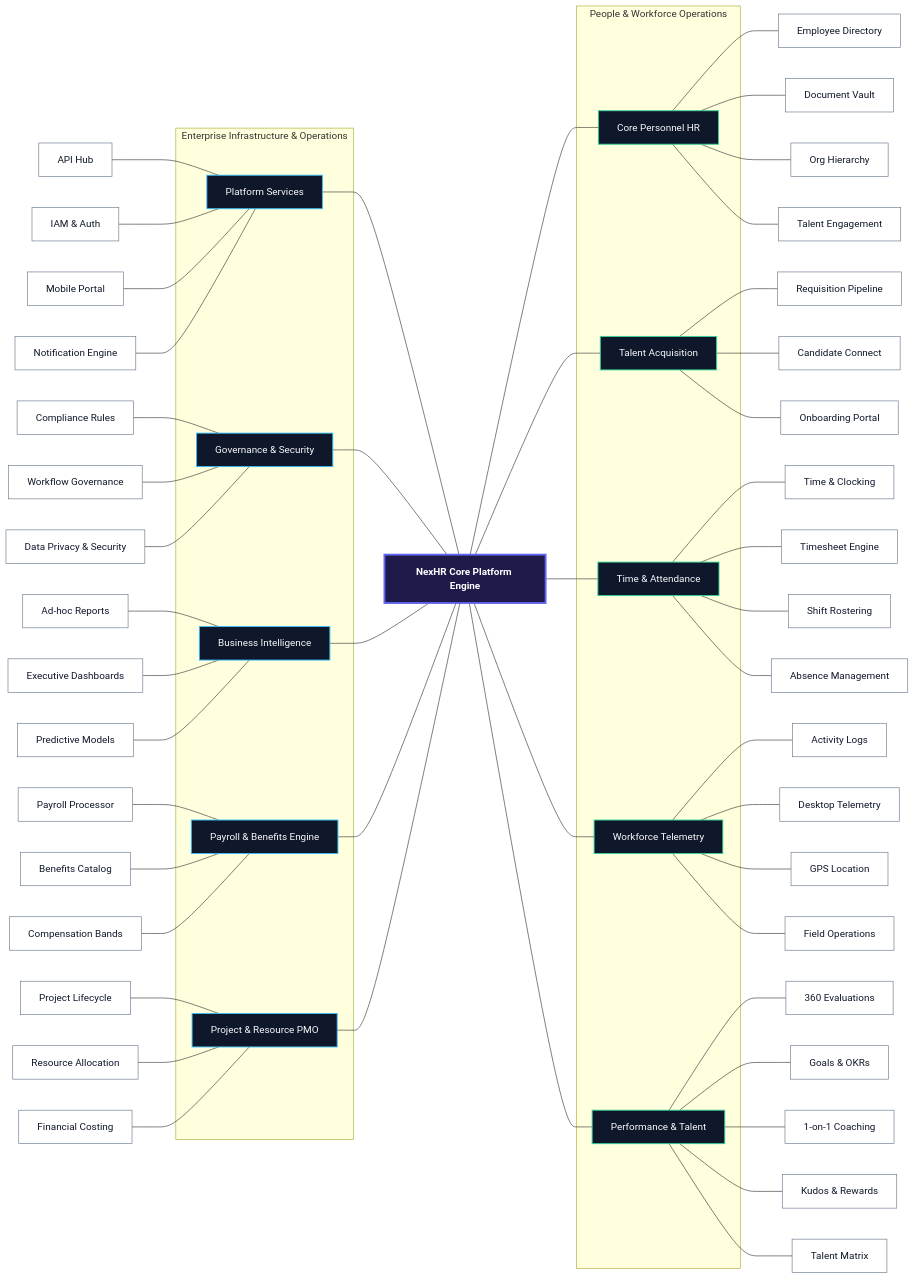
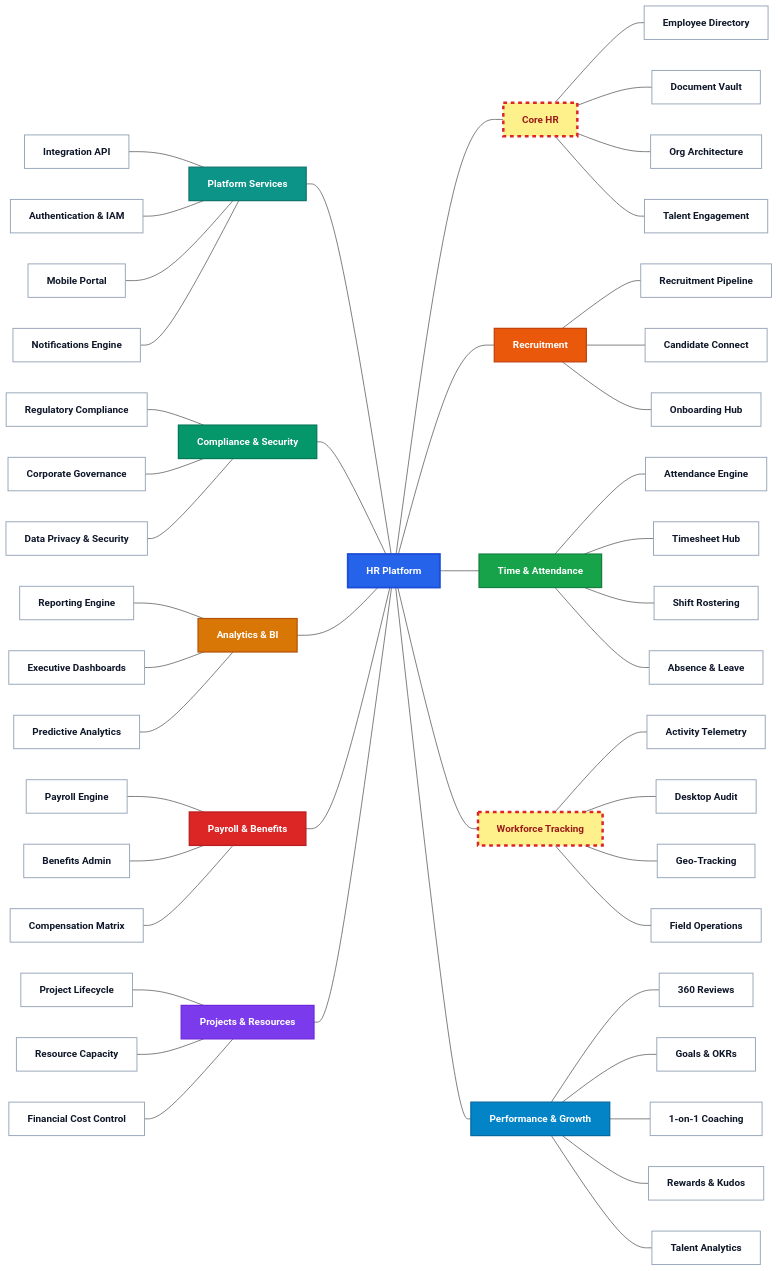
The diagram in README.md (TamBui1706/HRPlatform), drawn with Mermaid before and after one commit. The commit also changed other lines of this file, not shown here.

Commit message:
Mindmap of the platform

````diff
--- a/README.md
+++ b/README.md
@@ -44,95 +3,142 @@
 ```mermaid
 flowchart LR
 
-    %% CENTER
-    CORE_ENGINE["NexHR Core Platform Engine"]
+    %% =========================
+    %% CENTER MODULE
+    %% =========================
+    HR["HR Platform"]
 
-    %% SUB-SYSTEM GROUPS
-    subgraph LEFT_DOMAIN["Enterprise Infrastructure & Operations"]
-        PLATFORM["Platform Services"]
-        COMPLIANCE["Governance & Security"]
-        ANALYTICS["Business Intelligence"]
-        FINANCE["Payroll & Benefits Engine"]
-        PMO["Project & Resource PMO"]
-    end
+    %% =========================
+    %% LEFT MAIN MODULES
+    %% =========================
+    PLATFORM["Platform Services"]
+    COMPLIANCE["Compliance & Security"]
+    ANALYTICS["Analytics & BI"]
+    PAYROLL["Payroll & Benefits"]
+    PROJECTS["Projects & Resources"]
 
-    subgraph RIGHT_DOMAIN["People & Workforce Operations"]
-        CORE_HR["Core Personnel HR"]
-        TALENT["Talent Acquisition"]
-        WORKTIME["Time & Attendance"]
-        TELEMETRY["Workforce Telemetry"]
-        PERFORMANCE["Performance & Talent"]
-    end
+    PLATFORM --- HR
+    COMPLIANCE --- HR
+    ANALYTICS --- HR
+    PAYROLL --- HR
+    PROJECTS --- HR
 
-    %% CONNECTIONS TO CORE
-    PLATFORM --- CORE_ENGINE
-    COMPLIANCE --- CORE_ENGINE
-    ANALYTICS --- CORE_ENGINE
-    FINANCE --- CORE_ENGINE
-    PMO --- CORE_ENGINE
+    %% Platform features
+    Integration["Integration API"] --- PLATFORM
+    Authentication["Authentication & IAM"] --- PLATFORM
+    Mobile["Mobile Portal"] --- PLATFORM
+    Notifications["Notifications Engine"] --- PLATFORM
 
-    CORE_ENGINE --- CORE_HR
-    CORE_ENGINE --- TALENT
-    CORE_ENGINE --- WORKTIME
-    CORE_ENGINE --- TELEMETRY
-    CORE_ENGINE --- PERFORMANCE
+    %% Compliance features
+    ComplianceFeature["Regulatory Compliance"] --- COMPLIANCE
+    Governance["Corporate Governance"] --- COMPLIANCE
+    Security["Data Privacy & Security"] --- COMPLIANCE
 
-    %% MODULE SUB-CAPABILITIES
-    Integration["API Hub"] --- PLATFORM
-    Auth["IAM & Auth"] --- PLATFORM
-    Mobile["Mobile Portal"] --- PLATFORM
-    Notif["Notification Engine"] --- PLATFORM
+    %% Analytics features
+    Reporting["Reporting Engine"] --- ANALYTICS
+    Dashboards["Executive Dashboards"] --- ANALYTICS
+    AnalyticsFeature["Predictive Analytics"] --- ANALYTICS
 
-    Rules["Compliance Rules"] --- COMPLIANCE
-    Gov["Workflow Governance"] --- COMPLIANCE
-    Sec["Data Privacy & Security"] --- COMPLIANCE
+    %% Payroll features
+    PayrollFeature["Payroll Engine"] --- PAYROLL
+    Benefits["Benefits Admin"] --- PAYROLL
+    Compensation["Compensation Matrix"] --- PAYROLL
 
-    Reports["Ad-hoc Reports"] --- ANALYTICS
-    Dash["Executive Dashboards"] --- ANALYTICS
-    Predict["Predictive Models"] --- ANALYTICS
+    %% Projects features
+    ProjectManagement["Project Lifecycle"] --- PROJECTS
+    ResourceManagement["Resource Capacity"] --- PROJECTS
+    FinancialControl["Financial Cost Control"] --- PROJECTS
 
-    PayEngine["Payroll Processor"] --- FINANCE
-    BenCatalog["Benefits Catalog"] --- FINANCE
-    CompBands["Compensation Bands"] --- FINANCE
+    %% =========================
+    %% RIGHT MAIN MODULES
+    %% =========================
+    CORE["Core HR"]
+    RECRUITMENT["Recruitment"]
+    TIME["Time & Attendance"]
+    TRACKING["Workforce Tracking"]
+    PERFORMANCE["Performance & Growth"]
 
-    ProjTrack["Project Lifecycle"] --- PMO
-    ResAlloc["Resource Allocation"] --- PMO
-    CostCtrl["Financial Costing"] --- PMO
+    HR --- CORE
+    HR --- RECRUITMENT
+    HR --- TIME
+    HR --- TRACKING
+    HR --- PERFORMANCE
 
-    CORE_HR --- Directory["Employee Directory"]
-    CORE_HR --- Docs["Document Vault"]
-    CORE_HR --- OrgChart["Org Hierarchy"]
-    CORE_HR --- Culture["Talent Engagement"]
+    %% Core HR features (HIGHLIGHTED CORE MODULE)
+    CORE --- Employee["Employee Directory"]
+    CORE --- Documents["Document Vault"]
+    CORE --- Organization["Org Architecture"]
+    CORE --- EmployeeExperience["Talent Engagement"]
 
-    TALENT --- Requisition["Requisition Pipeline"]
-    TALENT --- Outreach["Candidate Connect"]
-    TALENT --- Onboard["Onboarding Portal"]
+    %% Recruitment features
+    RECRUITMENT --- Hiring["Recruitment Pipeline"]
+    RECRUITMENT --- Communication["Candidate Connect"]
+    RECRUITMENT --- Onboarding["Onboarding Hub"]
 
-    WORKTIME --- Clocking["Time & Clocking"]
-    WORKTIME --- Timesheets["Timesheet Engine"]
-    WORKTIME --- Rosters["Shift Rostering"]
-    WORKTIME --- LeaveEngine["Absence Management"]
+    %% Time features
+    TIME --- Attendance["Attendance Engine"]
+    TIME --- TimeManagement["Timesheet Hub"]
+    TIME --- Scheduling["Shift Rostering"]
+    TIME --- Leave["Absence & Leave"]
 
-    TELEMETRY --- Activity["Activity Logs"]
-    TELEMETRY --- PCMonitor["Desktop Telemetry"]
-    TELEMETRY --- Geo["GPS Location"]
-    TELEMETRY --- FieldOps["Field Operations"]
+    %% Workforce Tracking features (HIGHLIGHTED CORE MODULE)
+    TRACKING --- ActivityMonitoring["Activity Telemetry"]
+    TRACKING --- ComputerMonitoring["Desktop Audit"]
+    TRACKING --- LocationTracking["Geo-Tracking"]
+    TRACKING --- FieldOperations["Field Operations"]
 
-    PERFORMANCE --- Reviews360["360 Evaluations"]
-    PERFORMANCE --- OKR["Goals & OKRs"]
-    PERFORMANCE --- Coaching1on1["1-on-1 Coaching"]
-    PERFORMANCE --- Rewards["Kudos & Rewards"]
-    PERFORMANCE --- InsightTalent["Talent Matrix"]
+    %% Performance features
+    PERFORMANCE --- Reviews["360 Reviews"]
+    PERFORMANCE --- Goals["Goals & OKRs"]
+    PERFORMANCE --- Coaching["1-on-1 Coaching"]
+    PERFORMANCE --- Recognition["Rewards & Kudos"]
+    PERFORMANCE --- Insights["Talent Analytics"]
 
-    %% STYLING
-    classDef center fill:#1e1b4b,stroke:#6366f1,stroke-width:3px,color:#ffffff,font-weight:bold;
-    classDef domainLeft fill:#0f172a,stroke:#38bdf8,stroke-width:1.5px,color:#f8fafc;
-    classDef domainRight fill:#0f172a,stroke:#34d399,stroke-width:1.5px,color:#f8fafc;
-    classDef nodeAttr fill:#ffffff,stroke:#64748b,color:#0f172a,stroke-width:1px;
+    %% =========================
+    %% STYLES & VIBRANT PALETTE
+    %% =========================
+    classDef center fill:#2563eb,stroke:#1d4ed8,stroke-width:3px,color:#ffffff,font-weight:bold;
+    
+    %% Bold Vibrant Main Module Styles
+    classDef platform fill:#0d9488,stroke:#0f766e,stroke-width:2px,color:#ffffff,font-weight:bold;
+    classDef compliance fill:#059669,stroke:#047857,stroke-width:2px,color:#ffffff,font-weight:bold;
+    classDef analytics fill:#d97706,stroke:#b45309,stroke-width:2px,color:#ffffff,font-weight:bold;
+    classDef payroll fill:#dc2626,stroke:#b91c1c,stroke-width:2px,color:#ffffff,font-weight:bold;
+    classDef projects fill:#7c3aed,stroke:#6d28d9,stroke-width:2px,color:#ffffff,font-weight:bold;
 
-    class CORE_ENGINE center;
-    class PLATFORM,COMPLIANCE,ANALYTICS,FINANCE,PMO domainLeft;
-    class CORE_HR,TALENT,WORKTIME,TELEMETRY,PERFORMANCE domainRight;
-    class Integration,Auth,Mobile,Notif,Rules,Gov,Sec,Reports,Dash,Predict,PayEngine,BenCatalog,CompBands,ProjTrack,ResAlloc,CostCtrl nodeAttr;
-    class Directory,Docs,OrgChart,Culture,Requisition,Outreach,Onboard,Clocking,Timesheets,Rosters,LeaveEngine,Activity,PCMonitor,Geo,FieldOps,Reviews360,OKR,Coaching1on1,Rewards,InsightTalent nodeAttr;
+    classDef recruitment fill:#ea580c,stroke:#c2410c,stroke-width:2px,color:#ffffff,font-weight:bold;
+    classDef time fill:#16a34a,stroke:#15803d,stroke-width:2px,color:#ffffff,font-weight:bold;
+    classDef performance fill:#0284c7,stroke:#0369a1,stroke-width:2px,color:#ffffff,font-weight:bold;
+
+    %% DISTINCT HIGHLIGHT STYLE FOR MODIFIED / KEY CORE MODULES (Yellow fill + dashed red border)
+    classDef highlight fill:#fef08a,stroke:#dc2626,stroke-width:4px,color:#991b1b,font-weight:bold,stroke-dasharray: 6 6;
+
+    %% Sub-feature Leaf Nodes
+    classDef feature fill:#ffffff,stroke:#94a3b8,stroke-width:1.5px,color:#0f172a,font-weight:bold;
+
+    class HR center;
+
+    class PLATFORM platform;
+    class COMPLIANCE compliance;
+    class ANALYTICS analytics;
+    class PAYROLL payroll;
+    class PROJECTS projects;
+
+    class CORE highlight;
+    class RECRUITMENT recruitment;
+    class TIME time;
+    class TRACKING highlight;
+    class PERFORMANCE performance;
+
+    class Integration,Authentication,Mobile,Notifications feature;
+    class ComplianceFeature,Governance,Security feature;
+    class Reporting,Dashboards,AnalyticsFeature feature;
+    class PayrollFeature,Benefits,Compensation feature;
+    class ProjectManagement,ResourceManagement,FinancialControl feature;
+
+    class Employee,Documents,Organization,EmployeeExperience feature;
+    class Hiring,Communication,Onboarding feature;
+    class Attendance,TimeManagement,Scheduling,Leave feature;
+    class ActivityMonitoring,ComputerMonitoring,LocationTracking,FieldOperations feature;
+    class Reviews,Goals,Coaching,Recognition,Insights feature;
 ```
````
